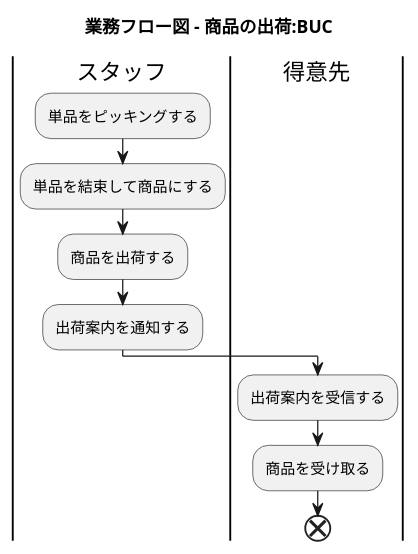
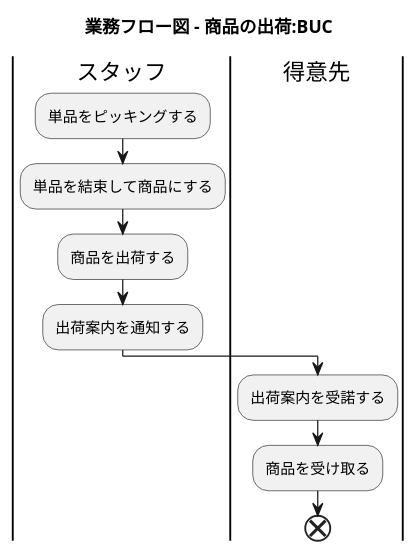
Before and after one commit to k2works/application_programing_excercise_2022: diagram 14 of 28 in docs/index.adoc, drawn with PlantUML. The commit also changed other lines of this file, not shown here.

```diff
--- a/docs/index.adoc
+++ b/docs/index.adoc
@@ -496,20 +496,20 @@
 [plantuml]
 ----
 @startuml
 
 title 業務フロー図 - 商品の出荷:BUC
 
 |スタッフ|
 :単品をピッキングする;
 :単品を結束して商品にする;
 :商品を出荷する;
 :出荷案内を通知する;
 
 |得意先|
-:出荷案内を受信する;
+:出荷案内を受諾する;
 :商品を受け取る;
 
 end
 
 @enduml
 ----
```
